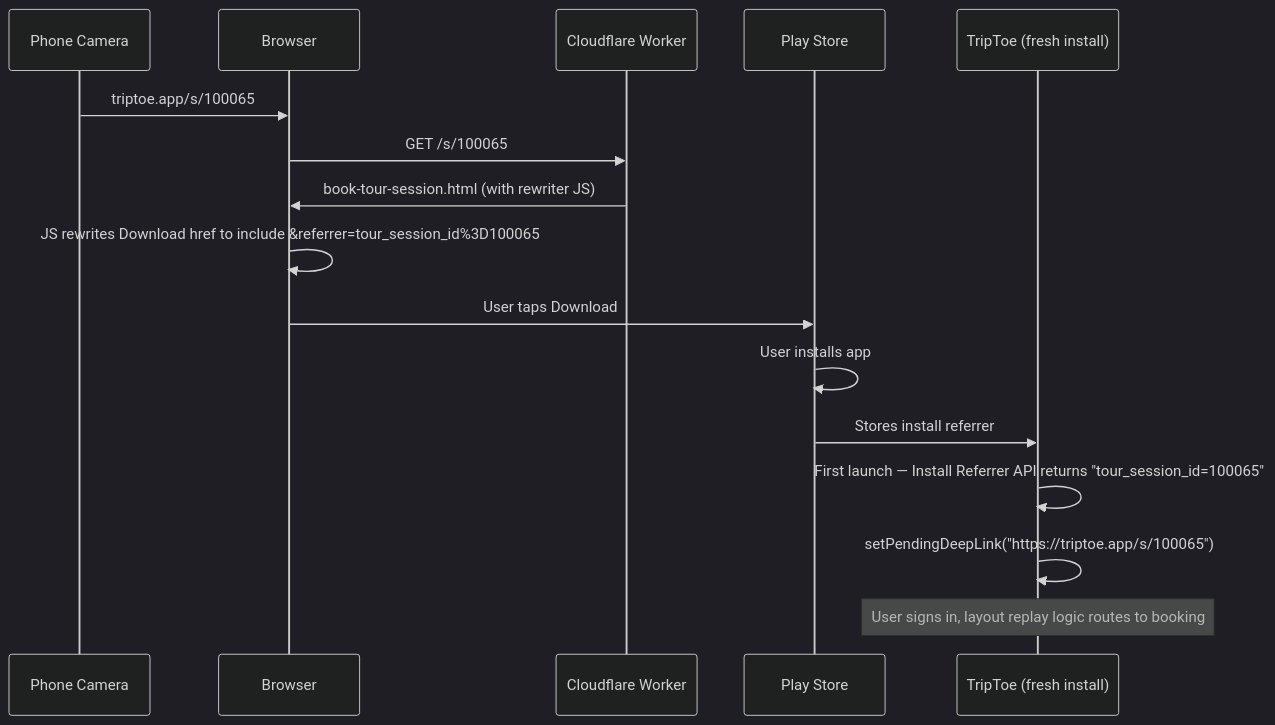
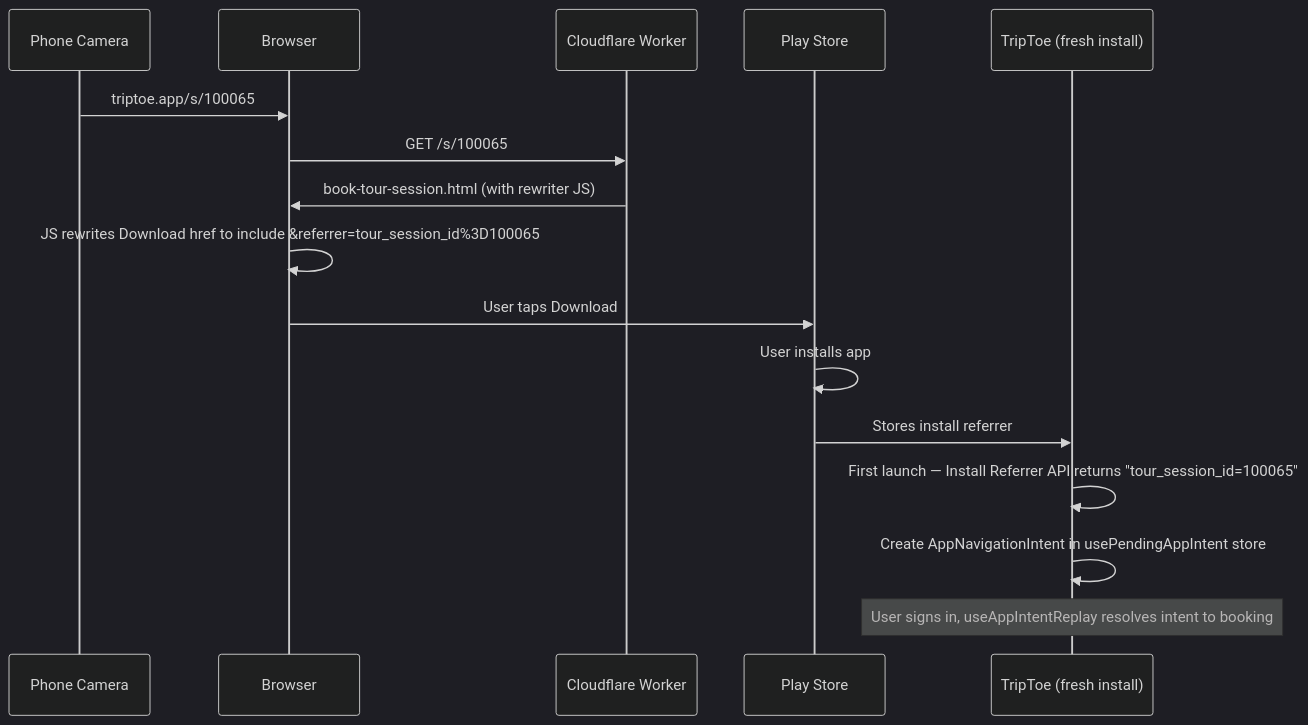
Before and after one commit to wariya-placehub/triptoe-docs: the third of 3 diagrams in 9b_feature_tour_joining_flow.md, drawn with Mermaid (dark theme). The commit also changed other lines of this file and 3 other files, not shown here.

````diff
--- a/9b_feature_tour_joining_flow.md
+++ b/9b_feature_tour_joining_flow.md
@@ -193,19 +189,19 @@
 ```mermaid
 sequenceDiagram
     participant Camera as Phone Camera
     participant Browser as Browser
     participant Worker as Cloudflare Worker
     participant Play as Play Store
     participant App as TripToe (fresh install)
 
     Camera->>Browser: triptoe.app/s/100065
     Browser->>Worker: GET /s/100065
     Worker->>Browser: book-tour-session.html (with rewriter JS)
     Browser->>Browser: JS rewrites Download href to include &referrer=tour_session_id%3D100065
     Browser->>Play: User taps Download
     Play->>Play: User installs app
     Play->>App: Stores install referrer
     App->>App: First launch — Install Referrer API returns "tour_session_id=100065"
-    App->>App: setPendingDeepLink("https://triptoe.app/s/100065")
-    Note over App: User signs in, layout replay logic routes to booking
+    App->>App: Create AppNavigationIntent in usePendingAppIntent store
+    Note over App: User signs in, useAppIntentReplay resolves intent to booking
 ```
````
